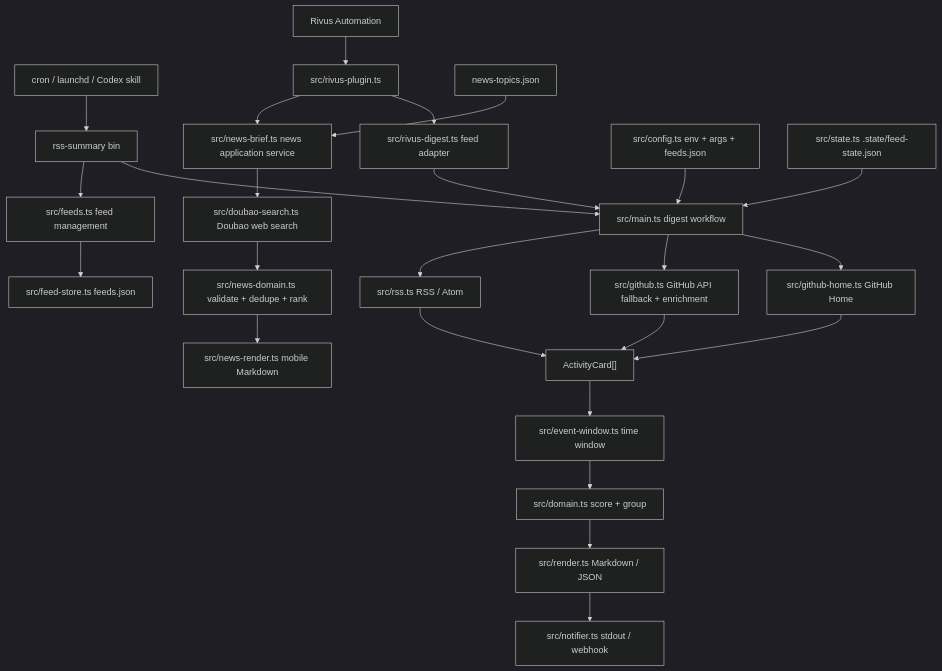
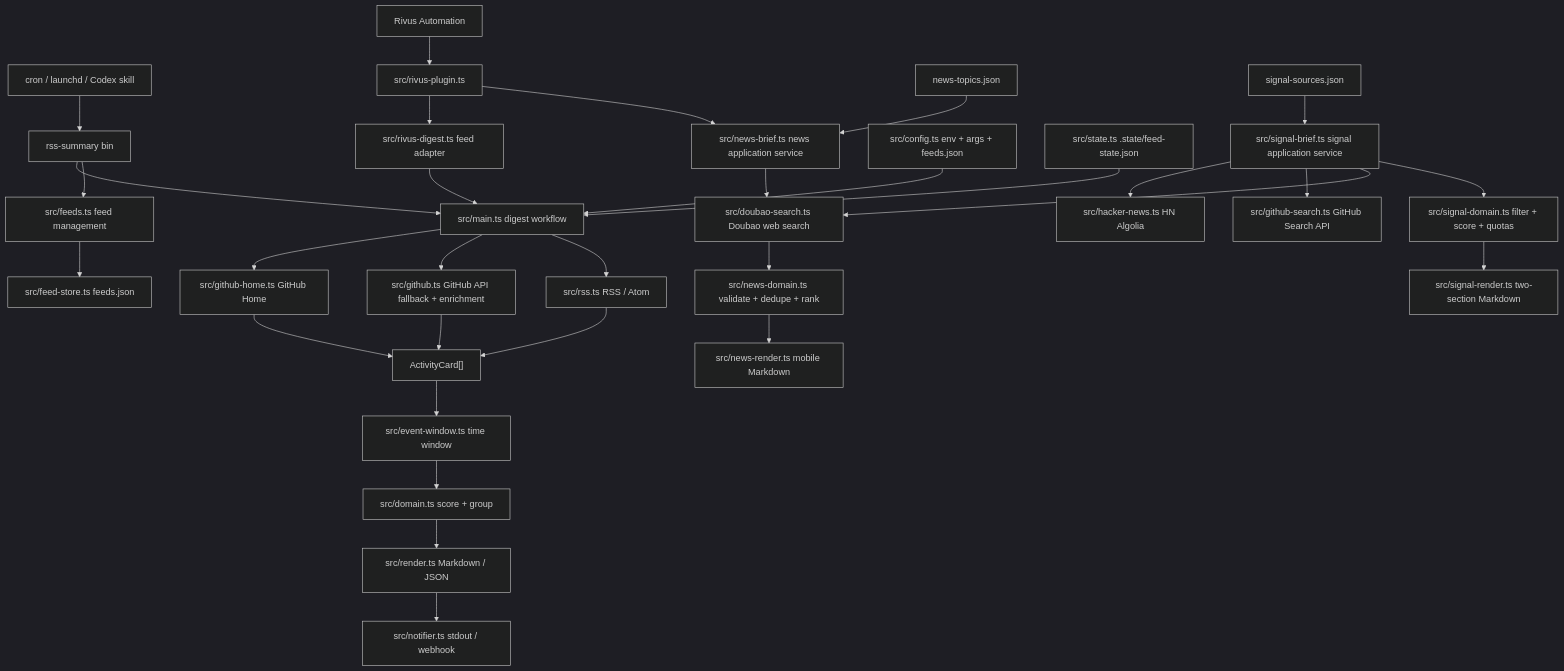
The diagram in docs/architecture.md (PerfectPan/rss-summary), drawn with Mermaid (dark theme) before and after one commit. The commit also changed other lines of this file and 3 other files, not shown here.

First line of the commit message:
docs: document signal brief architecture and env

````diff
--- a/docs/architecture.md
+++ b/docs/architecture.md
@@ -9,32 +9,39 @@
 ```mermaid
 flowchart TD
   Trigger["cron / launchd / Codex skill"] --> CLI["rss-summary bin"]
   RivusSchedule["Rivus Automation"] --> Plugin["src/rivus-plugin.ts"]
   Plugin --> FeedAdapter["src/rivus-digest.ts feed adapter"]
   Plugin --> NewsBrief["src/news-brief.ts news application service"]
   FeedAdapter --> Digest
   CLI --> Digest["src/main.ts digest workflow"]
   CLI --> FeedsCommand["src/feeds.ts feed management"]
 
   Config["src/config.ts env + args + feeds.json"] --> Digest
   Digest --> GitHubHome["src/github-home.ts GitHub Home"]
   Digest --> GitHub["src/github.ts GitHub API fallback + enrichment"]
   Digest --> RSS["src/rss.ts RSS / Atom"]
 
   GitHubHome --> Cards["ActivityCard[]"]
   GitHub --> Cards
   RSS --> Cards
   Cards --> Window["src/event-window.ts time window"]
   Window --> Domain["src/domain.ts score + group"]
 
   State["src/state.ts .state/feed-state.json"] --> Digest
   Domain --> Render["src/render.ts Markdown / JSON"]
   Render --> Notify["src/notifier.ts stdout / webhook"]
 
   Topics["news-topics.json"] --> NewsBrief
   NewsBrief --> Doubao["src/doubao-search.ts Doubao web search"]
   Doubao --> NewsDomain["src/news-domain.ts validate + dedupe + rank"]
   NewsDomain --> NewsRender["src/news-render.ts mobile Markdown"]
 
+  SignalSources["signal-sources.json"] --> SignalBrief["src/signal-brief.ts signal application service"]
+  SignalBrief --> HackerNews["src/hacker-news.ts HN Algolia"]
+  SignalBrief --> GithubSearch["src/github-search.ts GitHub Search API"]
+  SignalBrief --> Doubao
+  SignalBrief --> SignalDomain["src/signal-domain.ts filter + score + quotas"]
+  SignalDomain --> SignalRender["src/signal-render.ts two-section Markdown"]
+
   FeedsCommand --> FeedStore["src/feed-store.ts feeds.json"]
 ```
````
